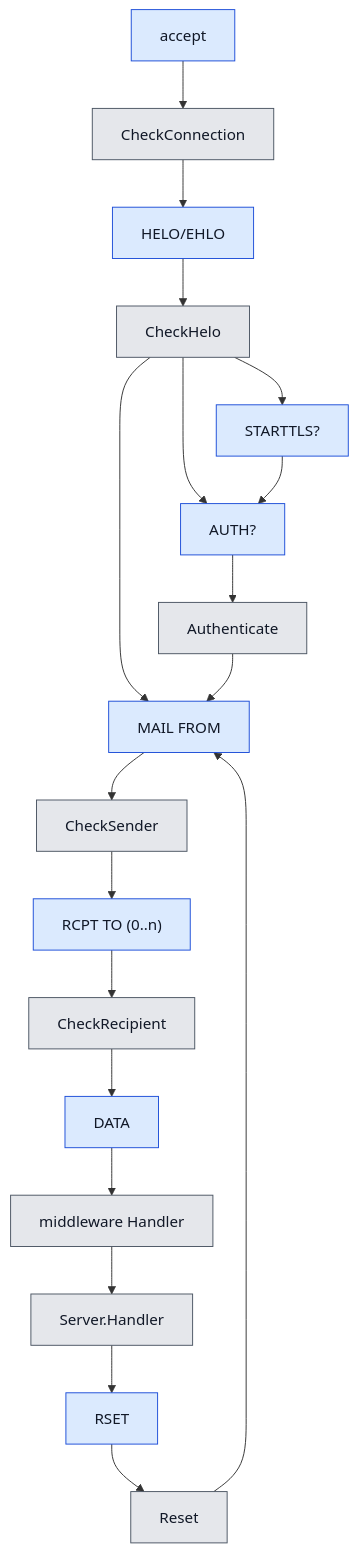
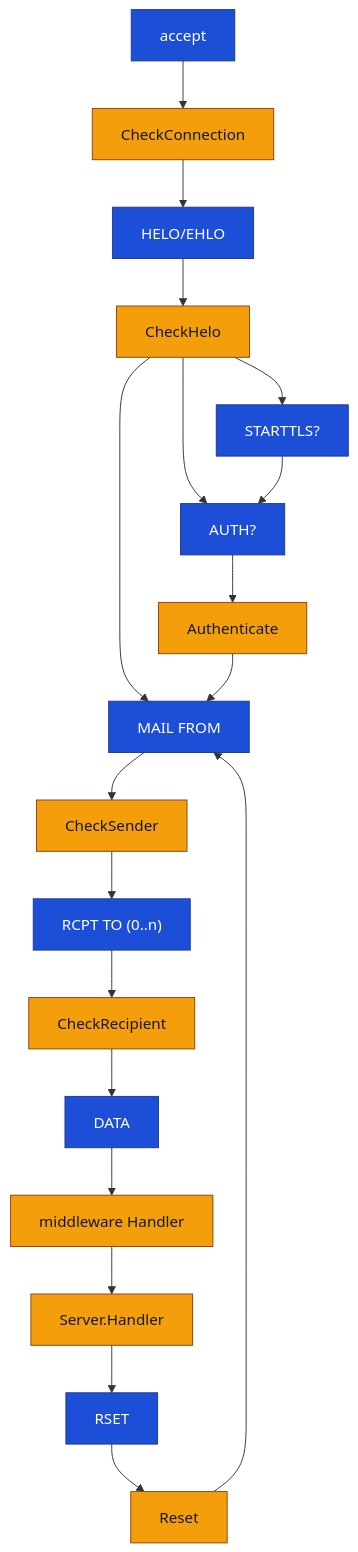
Before and after one commit to chrj/smtpd: the diagram in README.md, drawn with Mermaid. The commit also changed other lines of this file, not shown here.

Commit message:
Declutter the diagram.

````diff
--- a/README.md
+++ b/README.md
@@ -108,27 +108,27 @@
 ```mermaid
 flowchart TD
     accept["accept"] --> checkConnection["CheckConnection"]
     checkConnection --> helo["HELO/EHLO"]
     helo --> checkHelo["CheckHelo"]
     checkHelo --> starttls["STARTTLS?"]
     checkHelo --> auth["AUTH?"]
     starttls --> auth
     checkHelo --> mailFrom["MAIL FROM"]
     auth --> authenticate["Authenticate"]
     authenticate --> mailFrom
     mailFrom --> checkSender["CheckSender"]
     checkSender --> rcptTo["RCPT TO (0..n)"]
     rcptTo --> checkRecipient["CheckRecipient"]
     checkRecipient --> data["DATA"]
     data --> middlewareHandler["middleware Handler"]
     middlewareHandler --> serverHandler["Server.Handler"]
     serverHandler --> rset["RSET"]
     rset --> resetHook["Reset"]
     resetHook --> mailFrom
 
-    classDef phase fill:#dbeafe,stroke:#1d4ed8,color:#111827;
-    classDef hook fill:#e5e7eb,stroke:#4b5563,color:#111827;
+    classDef phase fill:#1d4ed8,stroke:#1e3a8a,color:#ffffff;
+    classDef hook fill:#f59e0b,stroke:#92400e,color:#111827;
 
     class accept,helo,starttls,auth,mailFrom,rcptTo,data,rset phase;
     class checkConnection,checkHelo,authenticate,checkSender,checkRecipient,middlewareHandler,serverHandler,resetHook hook;
 ```
````
